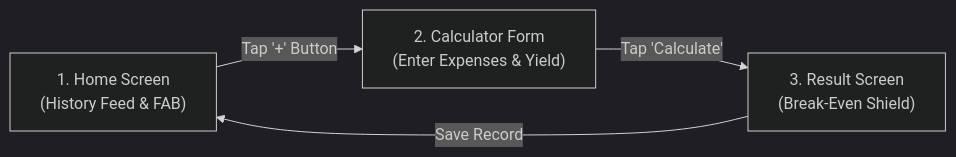
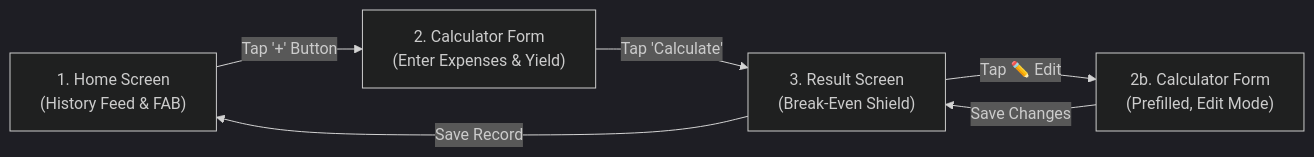
The diagram in docs/USER_GUIDE.md (thangsaoly/Kasekor-Calculator), drawn with Mermaid (dark theme) before and after one commit. The commit also changed other lines of this file and 11 other files, not shown here.

````diff
--- a/docs/USER_GUIDE.md
+++ b/docs/USER_GUIDE.md
@@ -9,6 +9,8 @@
 ```mermaid
 flowchart LR
     Home["1. Home Screen\n(History Feed & FAB)"] -->|Tap '+' Button| Calc["2. Calculator Form\n(Enter Expenses & Yield)"]
     Calc -->|Tap 'Calculate'| Result["3. Result Screen\n(Break-Even Shield)"]
     Result -->|Save Record| Home
+    Result -->|Tap ✏️ Edit| Edit["2b. Calculator Form\n(Prefilled, Edit Mode)"]
+    Edit -->|Save Changes| Result
 ```
````
